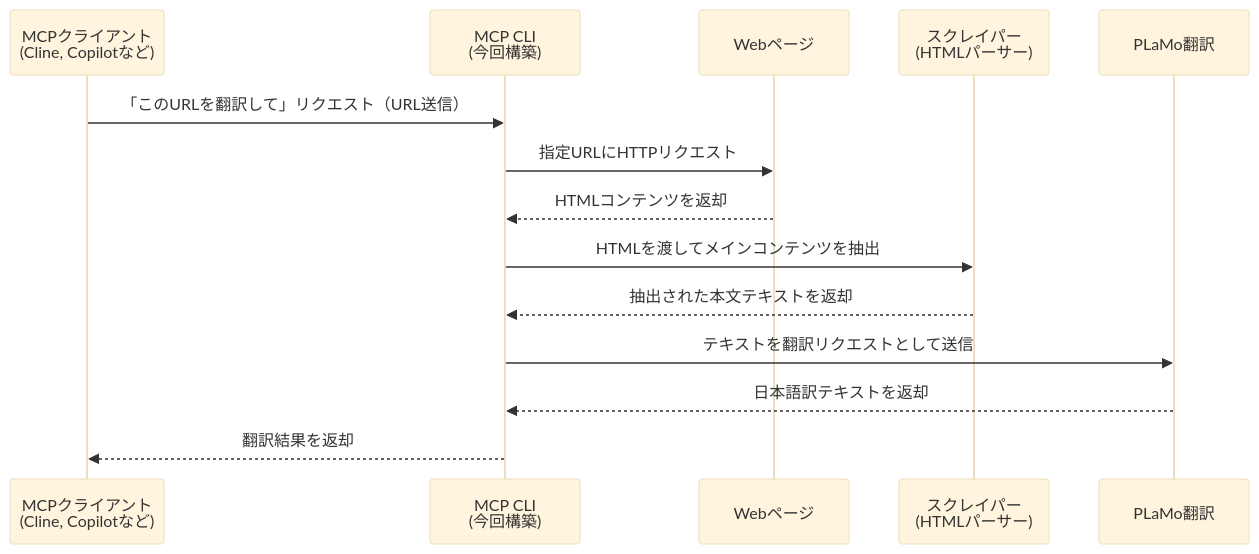
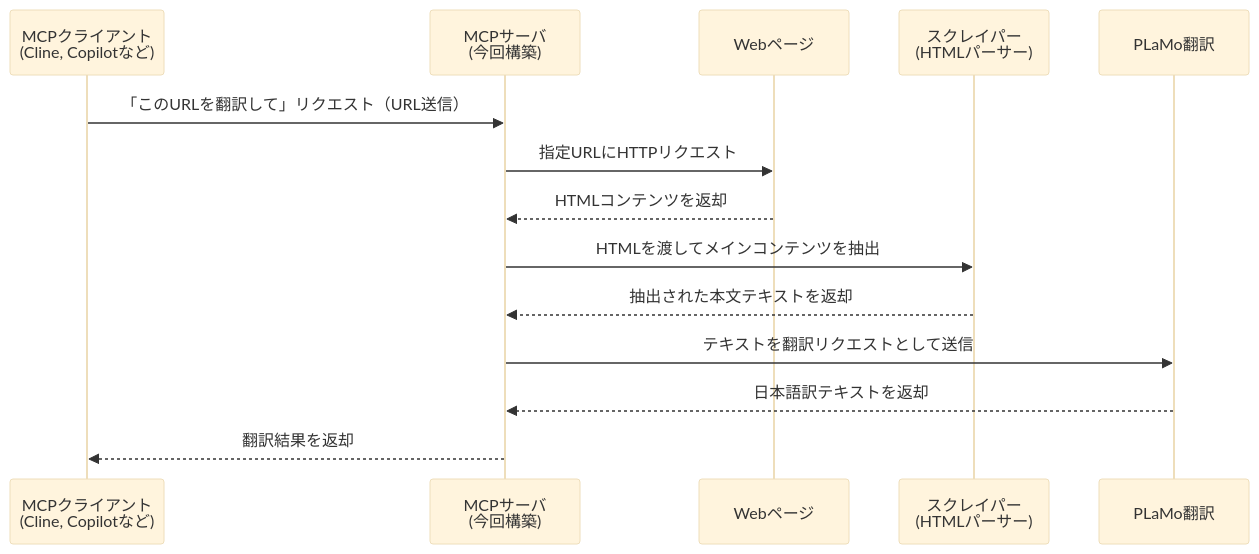
One commit to warau-uichi/plamo-translate changed the diagram in docs/DesignDoc.md. Above: the diagram before and after it, drawn with Mermaid (base theme). The commit also changed other lines of this file, not shown here.

Commit message:
Replace MCP CLI with MCPサーバ

````diff
--- a/docs/DesignDoc.md
+++ b/docs/DesignDoc.md
@@ -23,17 +23,17 @@
 ```mermaid
 sequenceDiagram
     participant User as MCPクライアント<br/>(Cline, Copilotなど)
-    participant MCP as MCP CLI<br/>(今回構築)
+    participant MCP as MCPサーバ<br/>(今回構築)
     participant Web as Webページ
     participant Scraper as スクレイパー<br/>(HTMLパーサー)
     participant PLaMo as PLaMo翻訳
 
     User->>MCP: 「このURLを翻訳して」リクエスト（URL送信）
     MCP->>Web: 指定URLにHTTPリクエスト
     Web-->>MCP: HTMLコンテンツを返却
     MCP->>Scraper: HTMLを渡してメインコンテンツを抽出
     Scraper-->>MCP: 抽出された本文テキストを返却
     MCP->>PLaMo: テキストを翻訳リクエストとして送信
     PLaMo-->>MCP: 日本語訳テキストを返却
     MCP-->>User: 翻訳結果を返却
 ```
````
